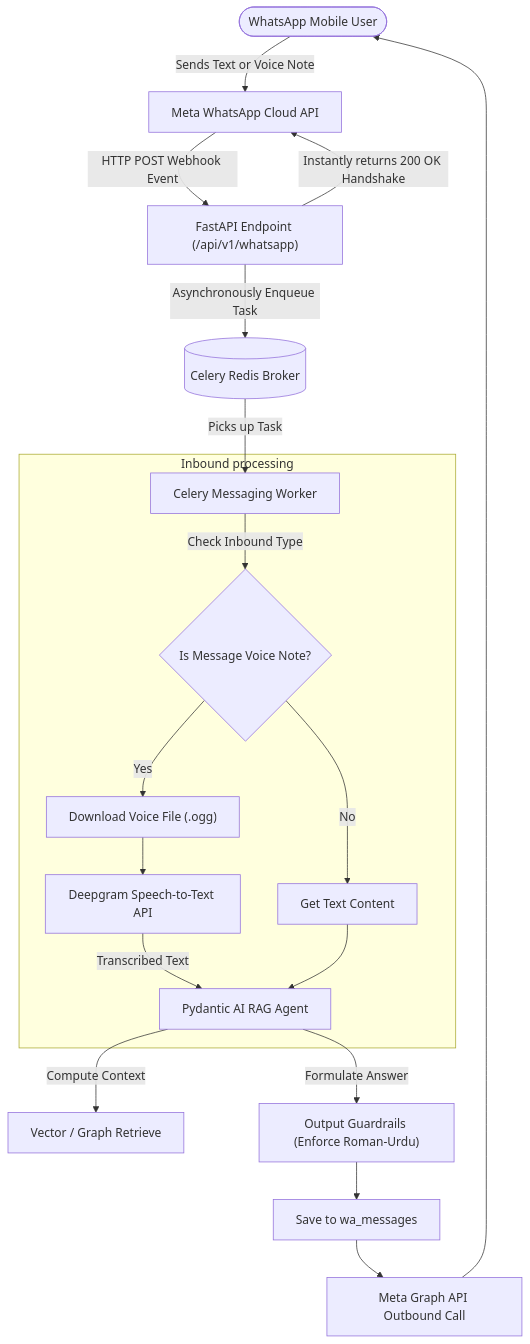
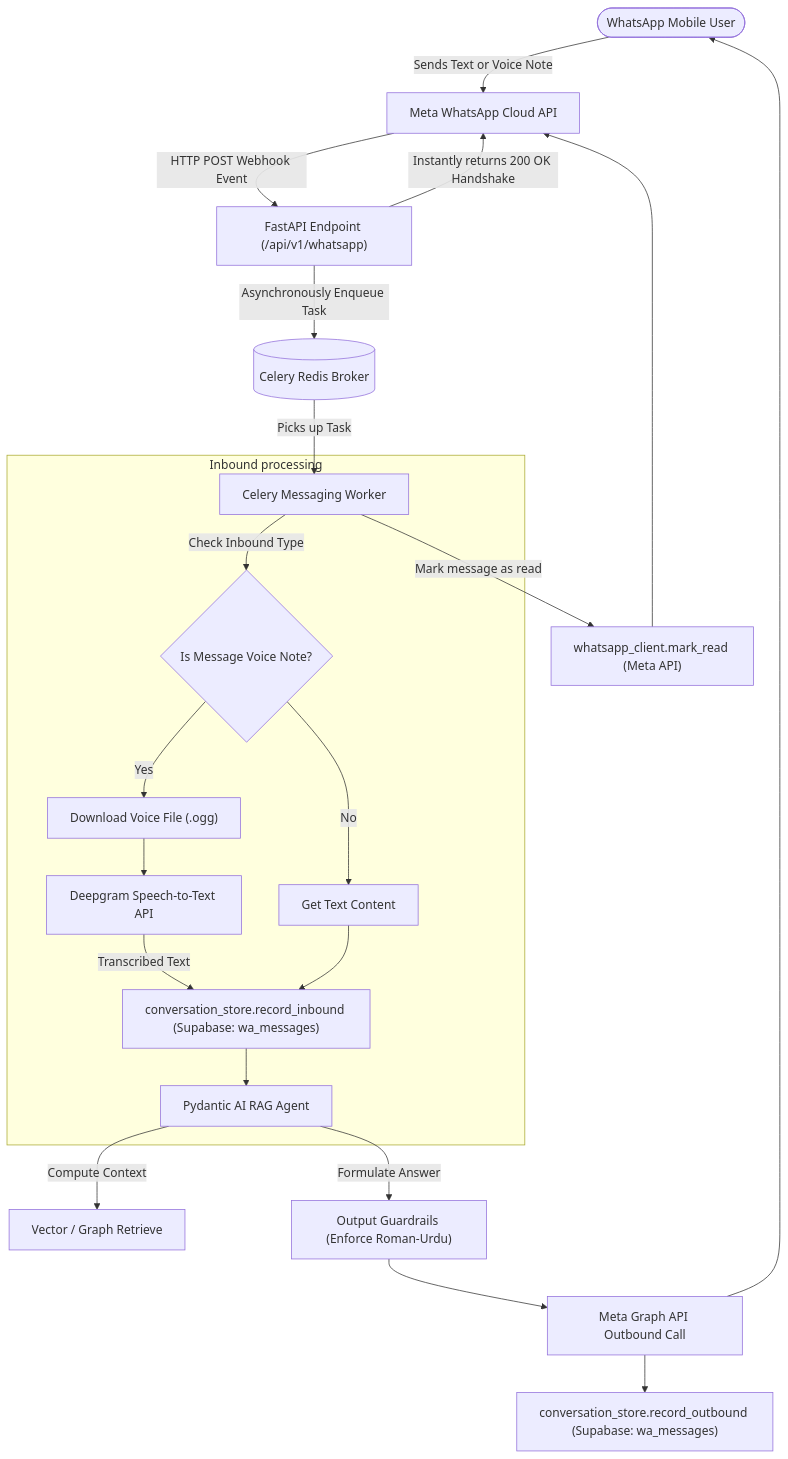
Before and after one commit to HasnainMuavia1/WA-Graph-RAG-BACKEND: the third of 5 diagrams in README.md, drawn with Mermaid. The commit also changed other lines of this file, not shown here.

Commit message:
docs: refine session memory and WhatsApp loop flowcharts to match implementation details

````diff
--- a/README.md
+++ b/README.md
@@ -106,23 +111,30 @@
 ```mermaid
 graph TD
     User([WhatsApp Mobile User]) -->|Sends Text or Voice Note| Meta["Meta WhatsApp Cloud API"]
     Meta -->|HTTP POST Webhook Event| API["FastAPI Endpoint (/api/v1/whatsapp)"]
     API -->|Instantly returns 200 OK Handshake| Meta
     API -->|Asynchronously Enqueue Task| Broker[(Celery Redis Broker)]
     Broker -->|Picks up Task| Worker["Celery Messaging Worker"]
     
+    %% Read receipt hook
+    Worker -->|Mark message as read| ReadReceipt["whatsapp_client.mark_read (Meta API)"]
+    ReadReceipt --> Meta
+    
     subgraph Inbound processing
         Worker -->|Check Inbound Type| IsVoice{Is Message Voice Note?}
         IsVoice -->|Yes| Download["Download Voice File (.ogg)"]
         Download --> DG["Deepgram Speech-to-Text API"]
-        DG -->|Transcribed Text| Agent["Pydantic AI RAG Agent"]
+        DG -->|Transcribed Text| RecordInbound["conversation_store.record_inbound (Supabase: wa_messages)"]
         IsVoice -->|No| TextOnly["Get Text Content"]
-        TextOnly --> Agent
-      end
+        TextOnly --> RecordInbound
+        RecordInbound --> Agent["Pydantic AI RAG Agent"]
+    end
       
     Agent -->|Compute Context| Search[Vector / Graph Retrieve]
     Agent -->|Formulate Answer| Guard["Output Guardrails (Enforce Roman-Urdu)"]
-    Guard --> Outbox["Save to wa_messages"]
-    Outbox --> SendMeta["Meta Graph API Outbound Call"]
+    Guard --> SendMeta["Meta Graph API Outbound Call"]
     SendMeta --> User
+    
+    %% Save outbound
+    SendMeta --> RecordOutbound["conversation_store.record_outbound (Supabase: wa_messages)"]
 ```
````
